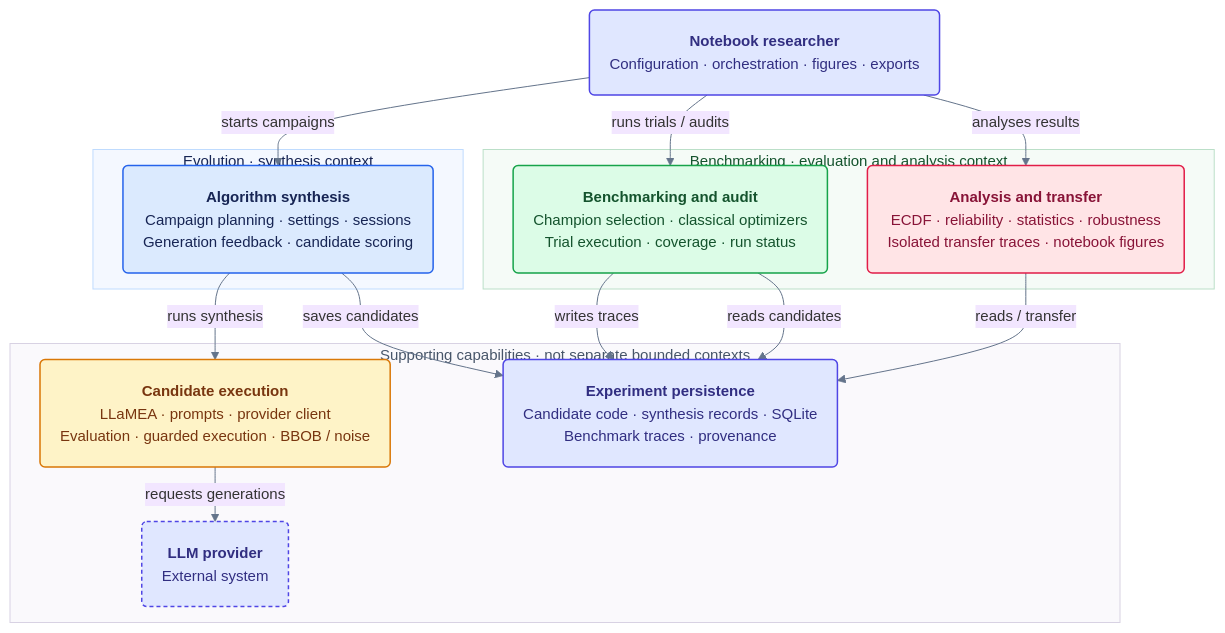
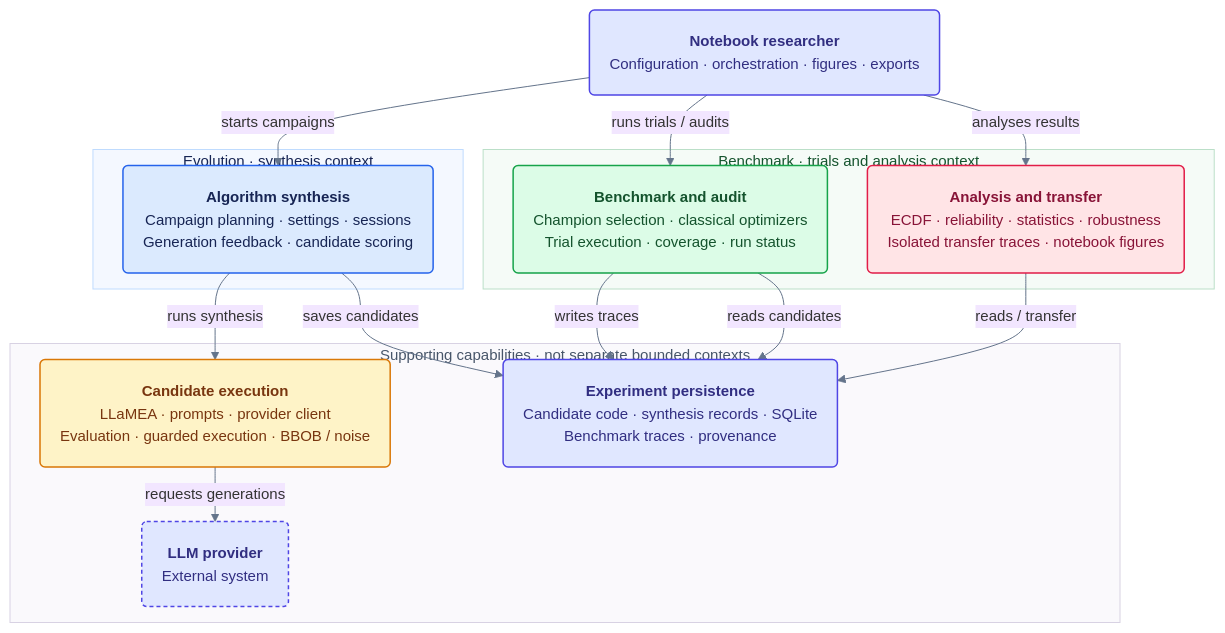
Before and after one commit to Nicola-Ibrahim/AAD_LLM: the first of 2 diagrams in README.md, drawn with Mermaid. The commit also changed other lines of this file and 161 other files, not shown here.

````diff
--- a/README.md
+++ b/README.md
@@ -23,54 +23,54 @@
 ```mermaid
 %%{init: {"theme":"base","themeVariables":{"background":"#f2e6ff","clusterBkg":"#faf9fc","clusterBorder":"#d8d2e3","lineColor":"#64748b","edgeLabelBackground":"#f2e6ff","fontFamily":"Arial, Helvetica, sans-serif","fontSize":"15px"},"flowchart":{"curve":"basis","htmlLabels":true,"nodeSpacing":40,"rankSpacing":32,"padding":20,"wrappingWidth":1000},"markdownAutoWrap":false,"themeCSS":".label, .nodeLabel, .edgeLabel, .cluster-label { font-family: Arial, Helvetica, sans-serif !important; } .cluster rect { filter: none !important; }"}}%%
 flowchart TD
     accTitle: From generated algorithms to measured performance
-    accDescr: Two workflow contexts, evolution and benchmarking, share execution and persistence capabilities; notebook researchers orchestrate workflows and own figure presentation.
+    accDescr: Two workflow contexts, evolution and benchmark, share execution and persistence capabilities; notebook researchers orchestrate workflows and own figure presentation.
     Researcher("<b>Notebook researcher</b><br/>Configuration · orchestration · figures · exports")
 
     subgraph Evolution["Evolution · synthesis context"]
         Synthesis("<b>Algorithm synthesis</b><br/>Campaign planning · settings · sessions<br/>Generation feedback · candidate scoring")
     end
 
-    subgraph Benchmarking["Benchmarking · evaluation and analysis context"]
-        Benchmark("<b>Benchmarking and audit</b><br/>Champion selection · classical optimizers<br/>Trial execution · coverage · run status")
+    subgraph Benchmarking["Benchmark · trials and analysis context"]
+        Benchmark("<b>Benchmark and audit</b><br/>Champion selection · classical optimizers<br/>Trial execution · coverage · run status")
         Analysis("<b>Analysis and transfer</b><br/>ECDF · reliability · statistics · robustness<br/>Isolated transfer traces · notebook figures")
     end
 
     subgraph Support["Supporting capabilities · not separate bounded contexts"]
         Runtime("<b>Candidate execution</b><br/>LLaMEA · prompts · provider client<br/>Evaluation · guarded execution · BBOB / noise")
         Persistence("<b>Experiment persistence</b><br/>Candidate code · synthesis records · SQLite<br/>Benchmark traces · provenance")
         Provider("<b>LLM provider</b><br/>External system")
     end
 
     Researcher -->|starts campaigns| Synthesis
     Researcher -->|runs trials / audits| Benchmark
     Researcher -->|analyses results| Analysis
     Synthesis -->|runs synthesis| Runtime
     Synthesis -->|saves candidates| Persistence
     Benchmark -->|writes traces| Persistence
     Benchmark -->|reads candidates| Persistence
     Analysis -->|reads / transfer| Persistence
     Runtime -->|requests generations| Provider
 
     click Researcher "https://github.com/nicola-ibrahim/aad_llm/tree/main/notebooks"
     click Synthesis "https://github.com/nicola-ibrahim/aad_llm/blob/main/src/evolution/application/campaign/run.py"
-    click Benchmark "https://github.com/nicola-ibrahim/aad_llm/blob/main/src/benchmarking/application/benchmark/run.py"
+    click Benchmark "https://github.com/nicola-ibrahim/aad_llm/blob/main/src/benchmark/application/trials/coordinator.py"
     click Analysis "https://github.com/nicola-ibrahim/aad_llm/tree/main/notebooks/analysis"
     click Runtime "https://github.com/nicola-ibrahim/aad_llm/blob/main/src/shared/infra/execution/executor.py"
     click Persistence "https://github.com/nicola-ibrahim/aad_llm/blob/main/src/shared/infra/database/engine.py"
     click Provider "https://github.com/nicola-ibrahim/aad_llm/blob/main/src/evolution/infra/llm/client.py"
     classDef blue fill:#dbeafe,stroke:#2563eb,stroke-width:1.5px,color:#172554;
     classDef mint fill:#dcfce7,stroke:#16a34a,stroke-width:1.5px,color:#14532d;
     classDef rose fill:#ffe4e6,stroke:#e11d48,stroke-width:1.5px,color:#881337;
     classDef amber fill:#fef3c7,stroke:#d97706,stroke-width:1.5px,color:#78350f;
     classDef indigo fill:#e0e7ff,stroke:#4f46e5,stroke-width:1.5px,color:#312e81;
     class Synthesis blue;
     class Benchmark mint;
     class Analysis rose;
     class Runtime amber;
     class Researcher,Persistence,Provider indigo;
     style Provider stroke-dasharray:4 3;
     style Evolution fill:#f4f8ff,stroke:#bfdbfe,stroke-width:1px,color:#172554;
     style Benchmarking fill:#f5fbf7,stroke:#bbdfc8,stroke-width:1px,color:#14532d;
     style Support fill:#faf9fc,stroke:#d8d2e3,stroke-width:1px,color:#475569;
 ```
````
